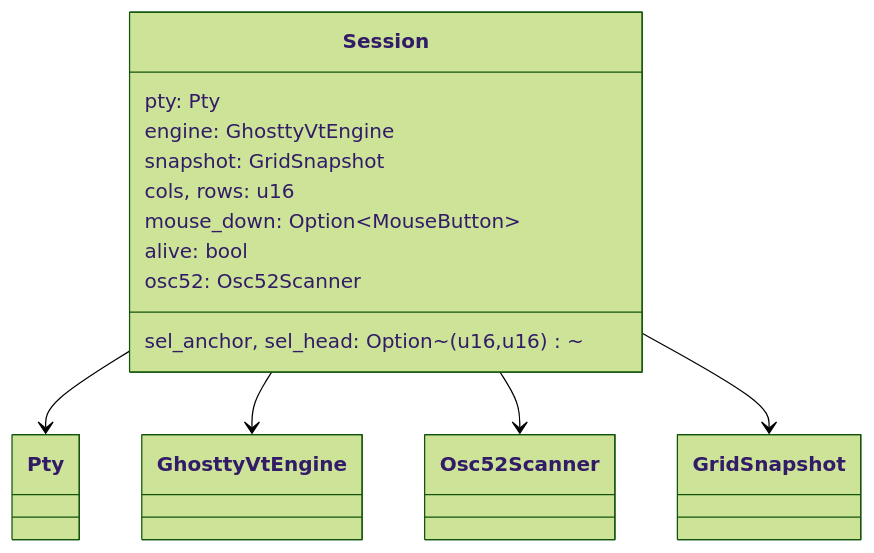
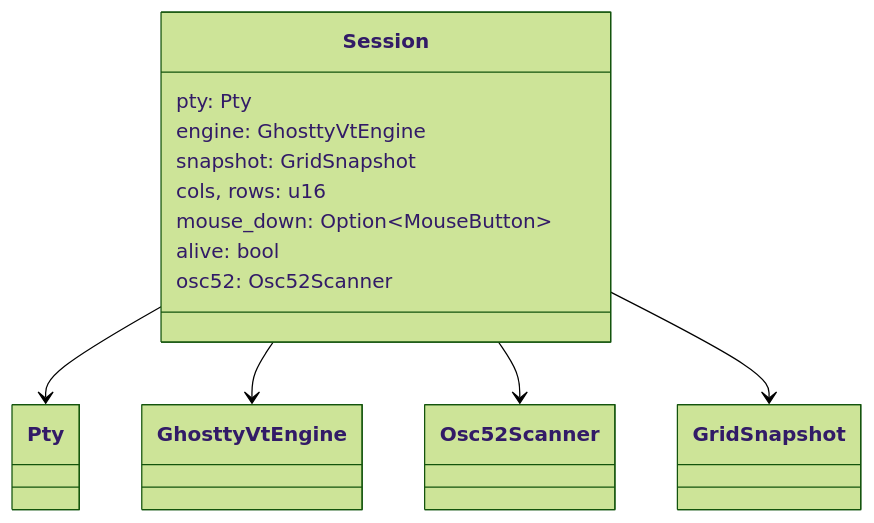
One commit to stvnksslr/geist changed the first of 3 diagrams in docs/components/session.md. Above: the diagram before and after it, drawn with Mermaid (forest theme). The commit also changed other lines of this file and 2 other files, not shown here.

````diff
--- a/docs/components/session.md
+++ b/docs/components/session.md
@@ -6,17 +6,16 @@
 ```mermaid
 classDiagram
     class Session {
         pty: Pty
         engine: GhosttyVtEngine
         snapshot: GridSnapshot
         cols, rows: u16
-        sel_anchor, sel_head: Option~(u16,u16)~
         mouse_down: Option~MouseButton~
         alive: bool
         osc52: Osc52Scanner
     }
     Session --> Pty
     Session --> GhosttyVtEngine
     Session --> Osc52Scanner
     Session --> GridSnapshot
 ```
````
